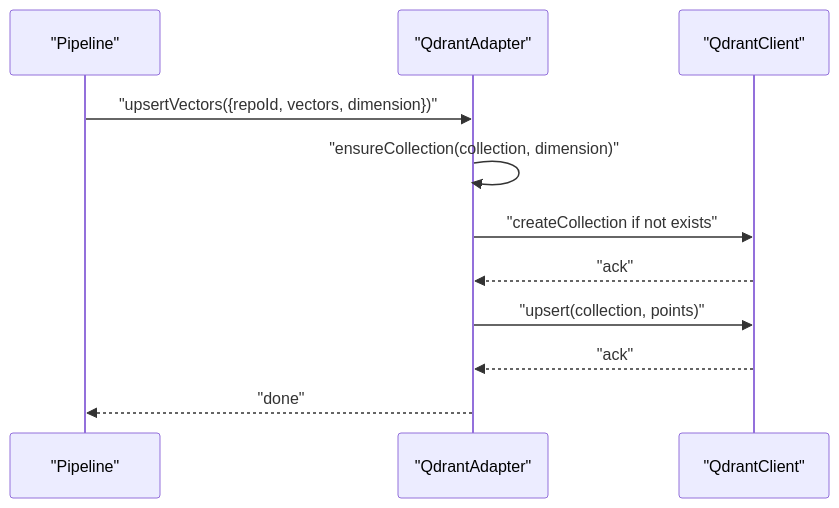
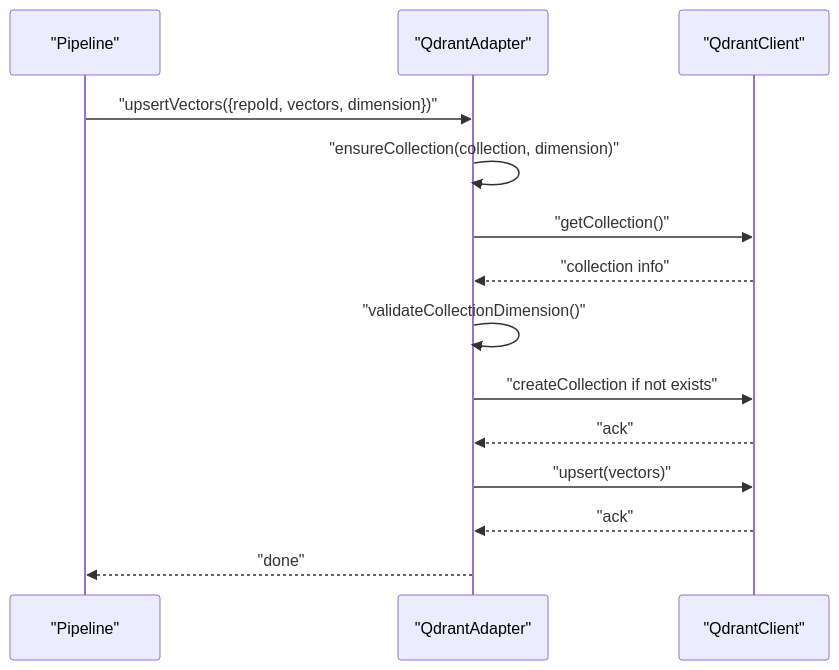
The fourth of 9 diagrams in .qoder/repowiki/en/content/Indexing and Search System/Vector Database Adapters.md (bramburn/repomix-runner), drawn with Mermaid before and after one commit. The commit also changed other lines of this file and 9 other files, not shown here.

````diff
--- a/.qoder/repowiki/en/content/Indexing and Search System/Vector Database Adapters.md
+++ b/.qoder/repowiki/en/content/Indexing and Search System/Vector Database Adapters.md
@@ -247,13 +197,16 @@
 ```mermaid
 sequenceDiagram
 participant P as "Pipeline"
 participant A as "QdrantAdapter"
 participant Q as "QdrantClient"
 P->>A : "upsertVectors({repoId, vectors, dimension})"
 A->>A : "ensureCollection(collection, dimension)"
+A->>Q : "getCollection()"
+Q-->>A : "collection info"
+A->>A : "validateCollectionDimension()"
 A->>Q : "createCollection if not exists"
 Q-->>A : "ack"
-A->>Q : "upsert(collection, points)"
+A->>Q : "upsert(vectors)"
 Q-->>A : "ack"
 A-->>P : "done"
 ```
````
